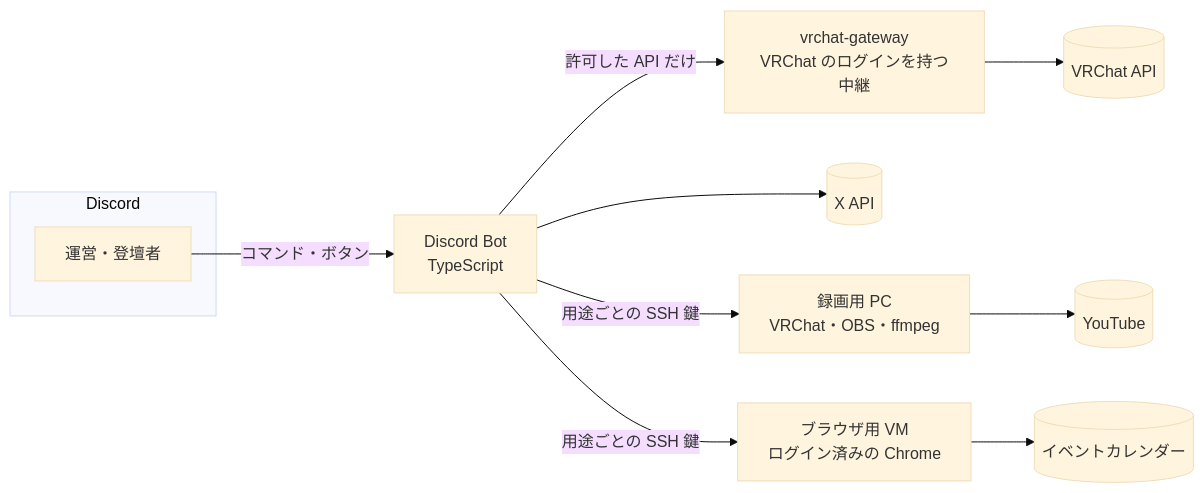
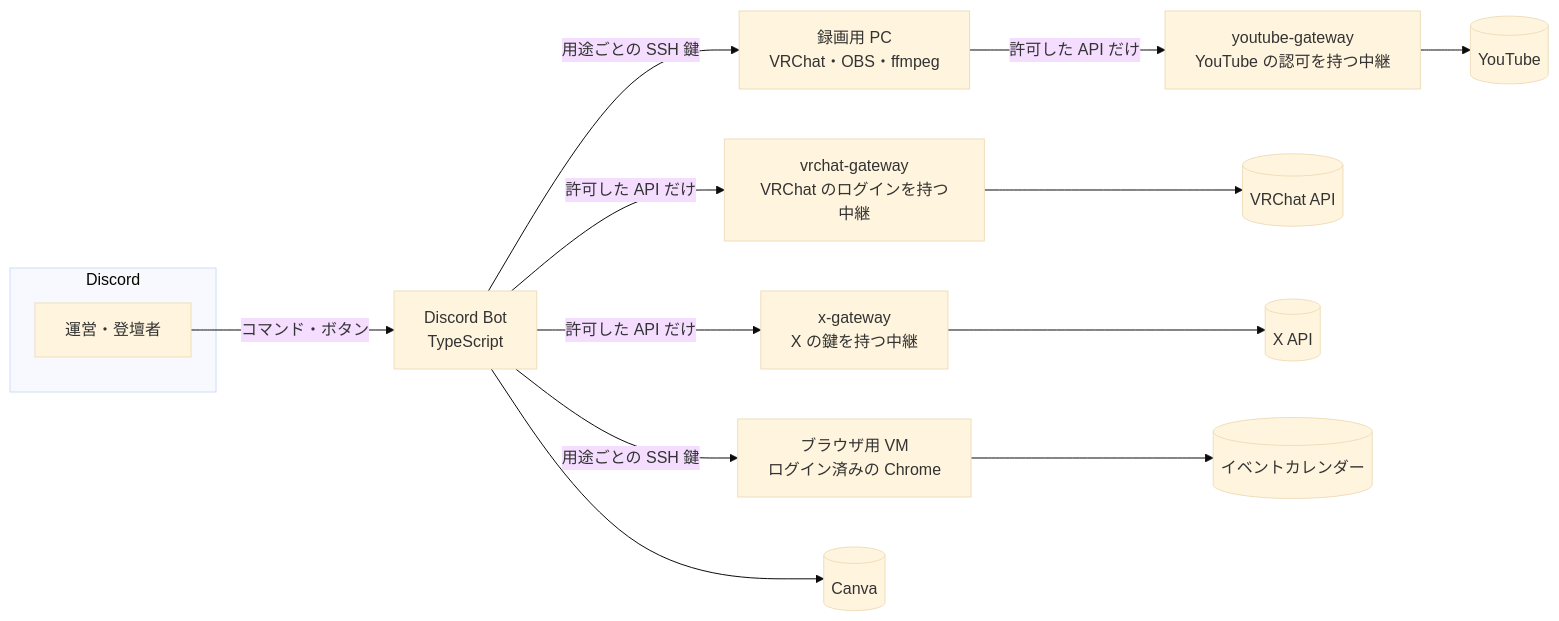
One commit to yuni-shinogami/engineer-meetup-discordbot changed the diagram in README.md. Above: the diagram before and after it, drawn with Mermaid (base theme). The commit also changed other lines of this file and 7 other files, not shown here.

````diff
--- a/README.md
+++ b/README.md
@@ -24,20 +25,24 @@
 ```mermaid
 flowchart LR
   subgraph Discord
     ops[運営・登壇者]
   end
   bot[Discord Bot<br/>TypeScript]
   gw[vrchat-gateway<br/>VRChat のログインを持つ中継]
+  xgw[x-gateway<br/>X の鍵を持つ中継]
+  ytgw[youtube-gateway<br/>YouTube の認可を持つ中継]
   vrc[(VRChat API)]
   x[(X API)]
   pc[録画用 PC<br/>VRChat・OBS・ffmpeg]
   vm[ブラウザ用 VM<br/>ログイン済みの Chrome]
   yt[(YouTube)]
   cal[(イベントカレンダー)]
+  canva[(Canva)]
 
   ops -- コマンド・ボタン --> bot
   bot -- 許可した API だけ --> gw --> vrc
-  bot --> x
-  bot -- 用途ごとの SSH 鍵 --> pc --> yt
+  bot -- 許可した API だけ --> xgw --> x
+  bot -- 用途ごとの SSH 鍵 --> pc -- 許可した API だけ --> ytgw --> yt
   bot -- 用途ごとの SSH 鍵 --> vm --> cal
+  bot --> canva
 ```
````
